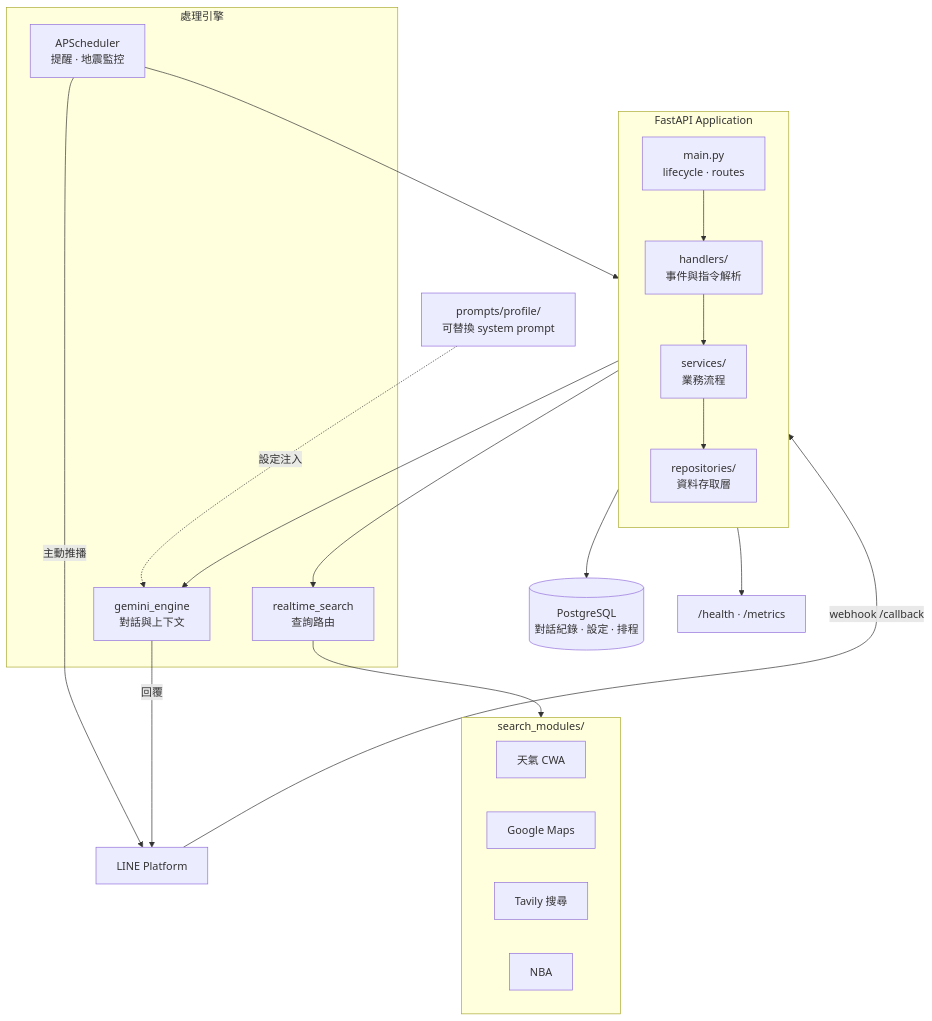
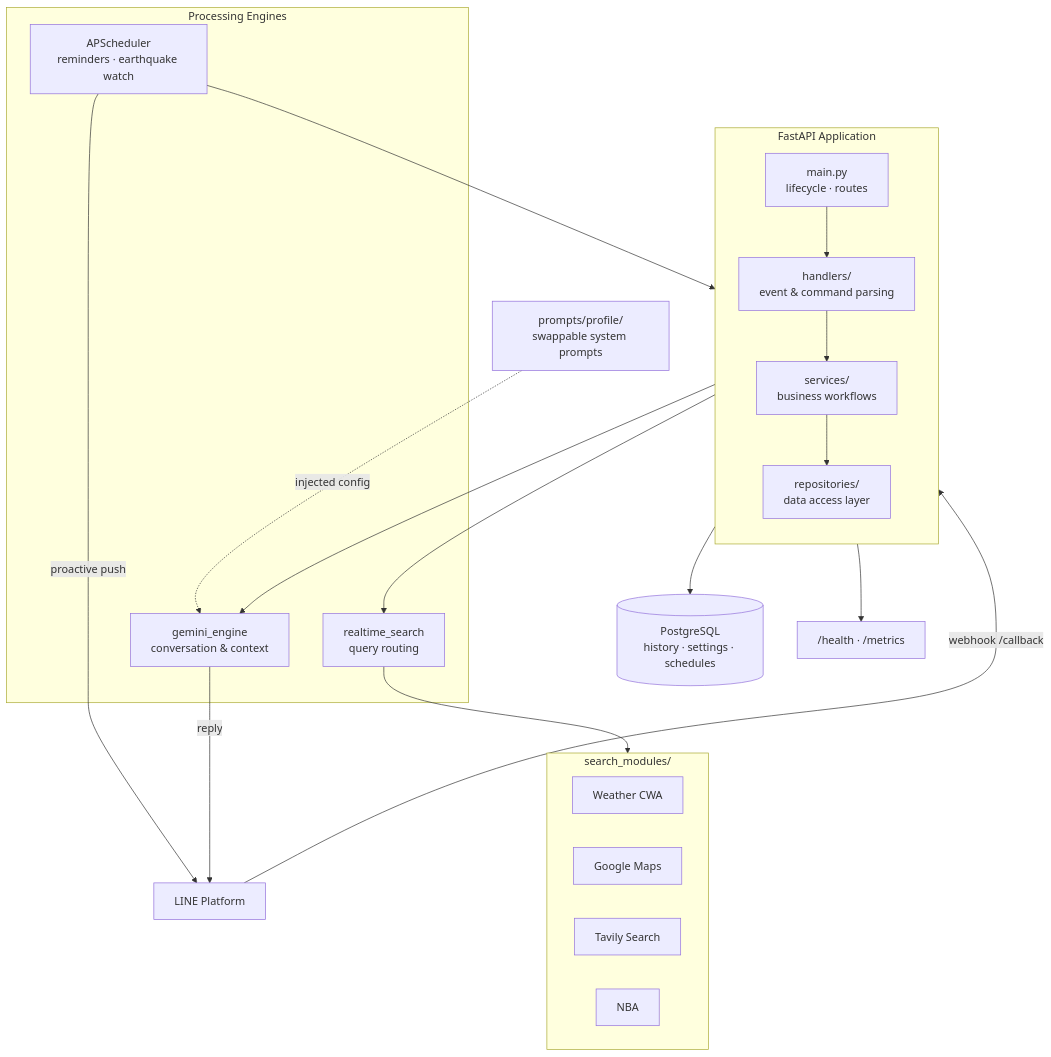
One commit to IMGMANISME/g-bot changed the diagram in README.md. Above: the diagram before and after it, drawn with Mermaid. The commit also changed other lines of this file and 1 other file, not shown here.

````diff
--- a/README.md
+++ b/README.md
@@ -22,43 +23,43 @@
 ```mermaid
 flowchart TB
     LINE["LINE Platform"]
-
+ 
     subgraph APP["FastAPI Application"]
         direction TB
         MAIN["main.py<br/>lifecycle · routes"]
-        HANDLERS["handlers/<br/>事件與指令解析"]
-        SERVICES["services/<br/>業務流程"]
-        REPOS["repositories/<br/>資料存取層"]
+        HANDLERS["handlers/<br/>event & command parsing"]
+        SERVICES["services/<br/>business workflows"]
+        REPOS["repositories/<br/>data access layer"]
     end
-
-    subgraph ENGINES["處理引擎"]
-        GEMINI["gemini_engine<br/>對話與上下文"]
-        SEARCH["realtime_search<br/>查詢路由"]
-        SCHED["APScheduler<br/>提醒 · 地震監控"]
+ 
+    subgraph ENGINES["Processing Engines"]
+        GEMINI["gemini_engine<br/>conversation & context"]
+        SEARCH["realtime_search<br/>query routing"]
+        SCHED["APScheduler<br/>reminders · earthquake watch"]
     end
-
+ 
     subgraph MODULES["search_modules/"]
-        WEATHER["天氣 CWA"]
+        WEATHER["Weather CWA"]
         MAPS["Google Maps"]
-        TAVILY["Tavily 搜尋"]
+        TAVILY["Tavily Search"]
         NBA["NBA"]
     end
-
-    PROMPTS["prompts/profile/<br/>可替換 system prompt"]
-    DB[("PostgreSQL<br/>對話紀錄 · 設定 · 排程")]
+ 
+    PROMPTS["prompts/profile/<br/>swappable system prompts"]
+    DB[("PostgreSQL<br/>history · settings · schedules")]
     OPS["/health · /metrics"]
-
+ 
     LINE -->|"webhook /callback"| MAIN
     MAIN --> HANDLERS
     HANDLERS --> SERVICES
     SERVICES --> GEMINI
     SERVICES --> SEARCH
     SERVICES --> REPOS
     SEARCH --> MODULES
-    PROMPTS -.設定注入.-> GEMINI
+    PROMPTS -.injected config.-> GEMINI
     SCHED --> SERVICES
     REPOS --> DB
-    SCHED -->|"主動推播"| LINE
+    SCHED -->|"proactive push"| LINE
     MAIN --> OPS
-    GEMINI -->|"回覆"| LINE
+    GEMINI -->|"reply"| LINE
 ```
````
